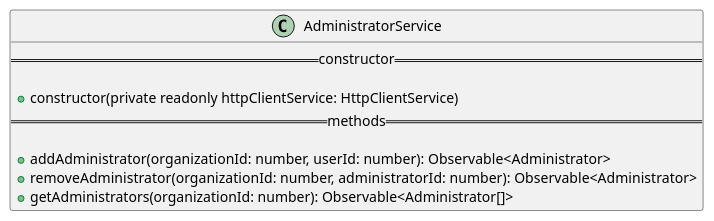
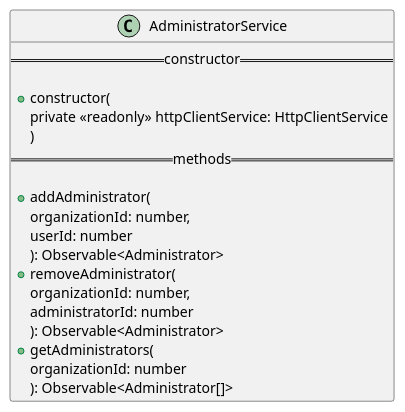
Before and after one commit to GruppOne/stalker-web-app: the diagram in docs/diagrams/services/administratorservice.pu, drawn with PlantUML. The commit also changed 12 other files, not shown here.

Commit message:
docs: add newlines to better rendering of diagrams

```diff
--- a/docs/diagrams/services/administratorservice.pu
+++ b/docs/diagrams/services/administratorservice.pu
@@ -1,12 +1,22 @@
 @startuml AdministratorService
 class AdministratorService {
   == constructor ==
 
-  + constructor(private readonly httpClientService: HttpClientService)
+  + constructor(
+    private <<readonly>> httpClientService: HttpClientService
+    )
   == methods ==
 
-  + addAdministrator(organizationId: number, userId: number): Observable<Administrator>
-  + removeAdministrator(organizationId: number, administratorId: number): Observable<Administrator>
-  + getAdministrators(organizationId: number): Observable<Administrator[]>
+  + addAdministrator(
+    organizationId: number,
+    userId: number
+    ): Observable<Administrator>
+  + removeAdministrator(
+    organizationId: number,
+    administratorId: number
+    ): Observable<Administrator>
+  + getAdministrators(
+    organizationId: number
+    ): Observable<Administrator[]>
 }
 @enduml
```
